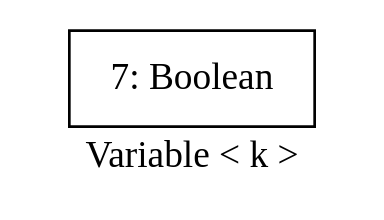
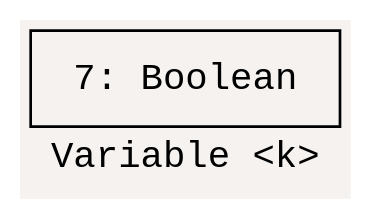
One commit to ZJxyo/PythonVarTypeAnalysisTool changed the diagram in output/flowchart/flowchart_foo(arg0,arg1,arg2)_k.gv. Above: the diagram before and after it, drawn with Graphviz. The commit also changed 95 other files, not shown here.

```diff
--- a/output/flowchart/flowchart_foo(arg0,arg1,arg2)_k.gv
+++ b/output/flowchart/flowchart_foo(arg0,arg1,arg2)_k.gv
@@ -1,5 +1,8 @@
 digraph {
-	label="Variable < k >"
+	label="Variable <k>"
+	bgcolor="#f5f2f0"
 	node [shape=box]
-	7 [label="7: Boolean"]
+	node [fontname="Consolas,Monaco,'Andale Mono','Ubuntu Mono',monospace"]
+	fontname="Consolas,Monaco,'Andale Mono','Ubuntu Mono',monospace"
+	7 [label=" 7: Boolean "]
 }
```
